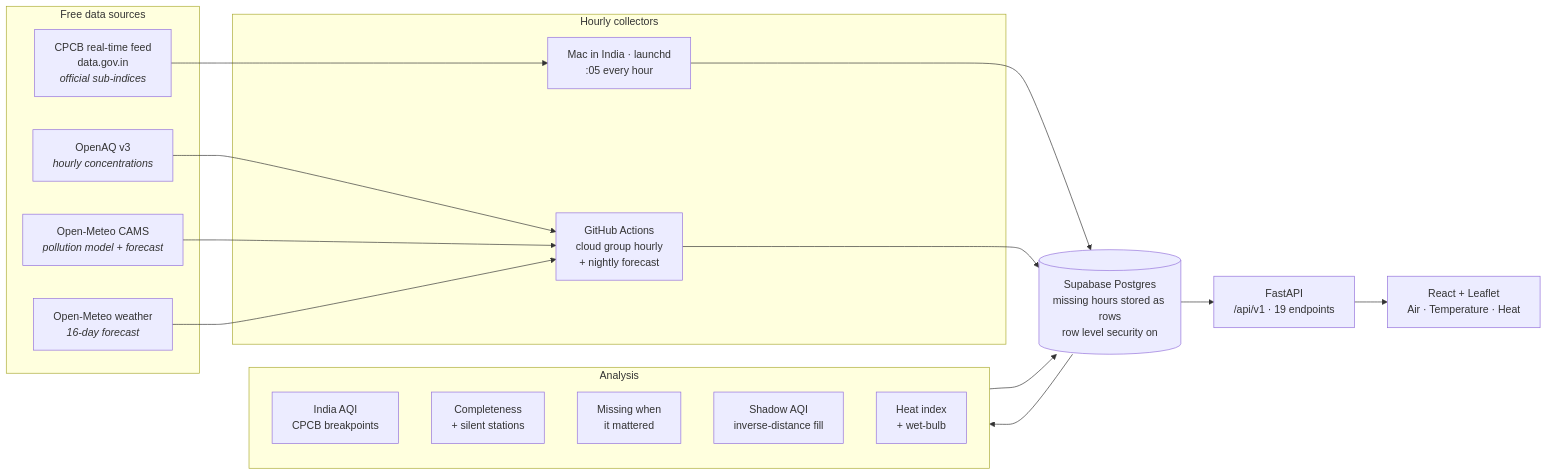
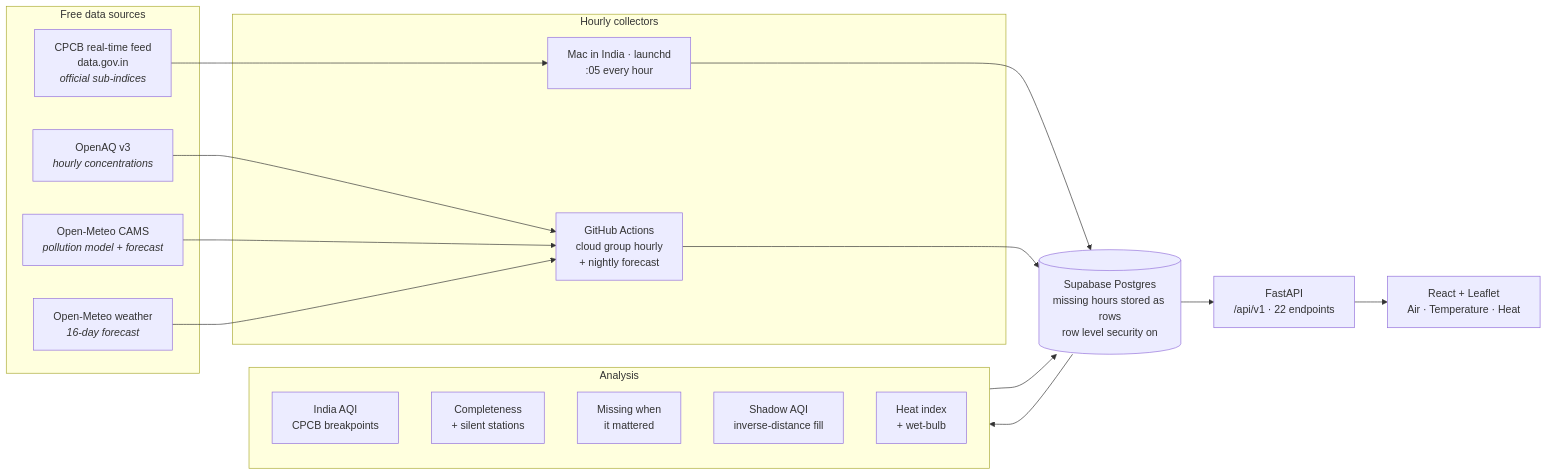
One commit to tanaygit0530/Vayukavach changed the second of 7 diagrams in README.md. Above: the diagram before and after it, drawn with Mermaid. The commit also changed other lines of this file and 18 other files, not shown here.

````diff
--- a/README.md
+++ b/README.md
@@ -114,36 +120,36 @@
 ```mermaid
 flowchart LR
   subgraph SRC["Free data sources"]
     CPCB["CPCB real-time feed<br/>data.gov.in<br/><i>official sub-indices</i>"]
     OAQ["OpenAQ v3<br/><i>hourly concentrations</i>"]
     CAMS["Open-Meteo CAMS<br/><i>pollution model + forecast</i>"]
     WX["Open-Meteo weather<br/><i>16-day forecast</i>"]
   end
 
   subgraph COLLECT["Hourly collectors"]
     MAC["Mac in India · launchd<br/>:05 every hour"]
     GHA["GitHub Actions<br/>cloud group hourly<br/>+ nightly forecast"]
   end
 
   DB[("Supabase Postgres<br/>missing hours stored as rows<br/>row level security on")]
 
   subgraph AN["Analysis"]
     AQI["India AQI<br/>CPCB breakpoints"]
     COMP["Completeness<br/>+ silent stations"]
     GAP["Missing when<br/>it mattered"]
     SH["Shadow AQI<br/>inverse-distance fill"]
     HEAT["Heat index<br/>+ wet-bulb"]
   end
 
-  API["FastAPI<br/>/api/v1 · 19 endpoints"]
+  API["FastAPI<br/>/api/v1 · 22 endpoints"]
   UI["React + Leaflet<br/>Air · Temperature · Heat"]
 
   CPCB --> MAC
   OAQ --> GHA
   CAMS --> GHA
   WX --> GHA
   MAC --> DB
   GHA --> DB
   DB --> AN --> DB
   DB --> API --> UI
 ```
````
